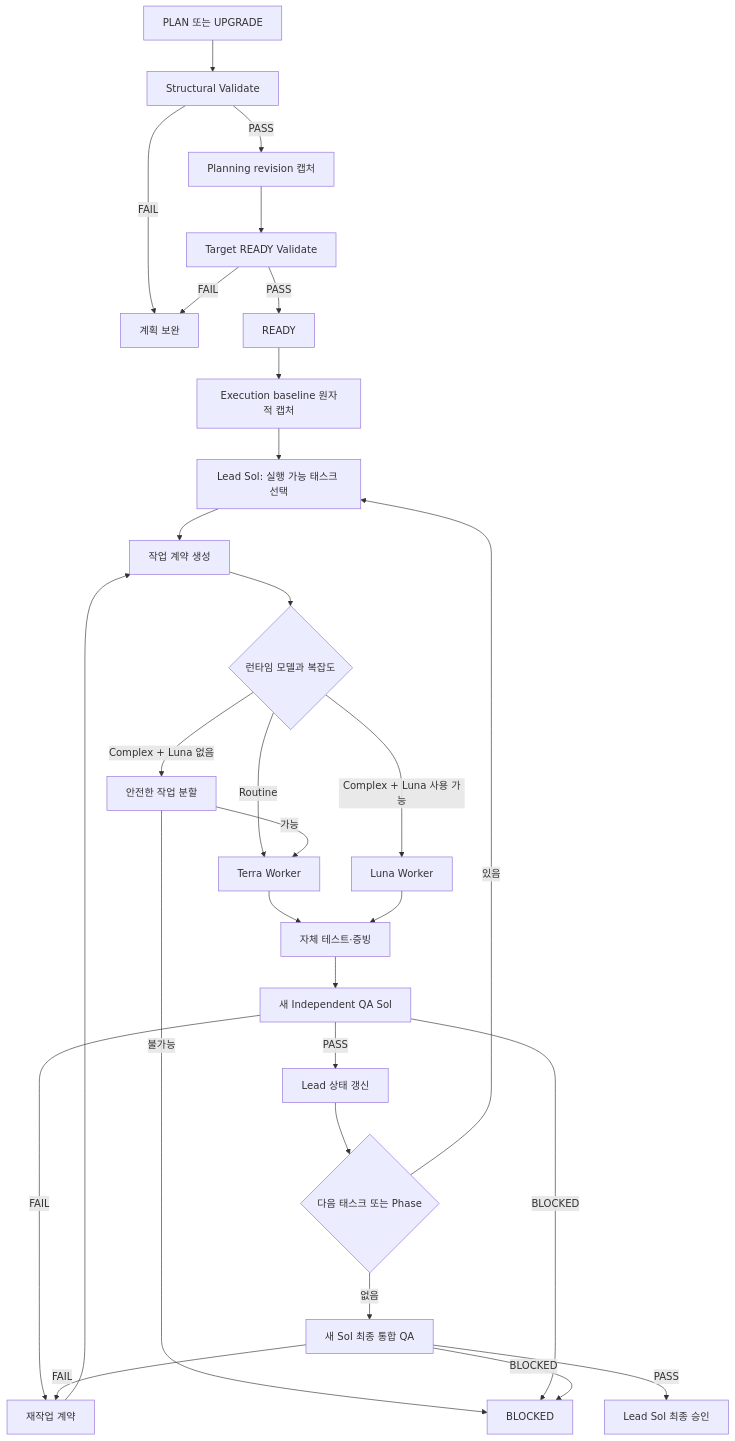
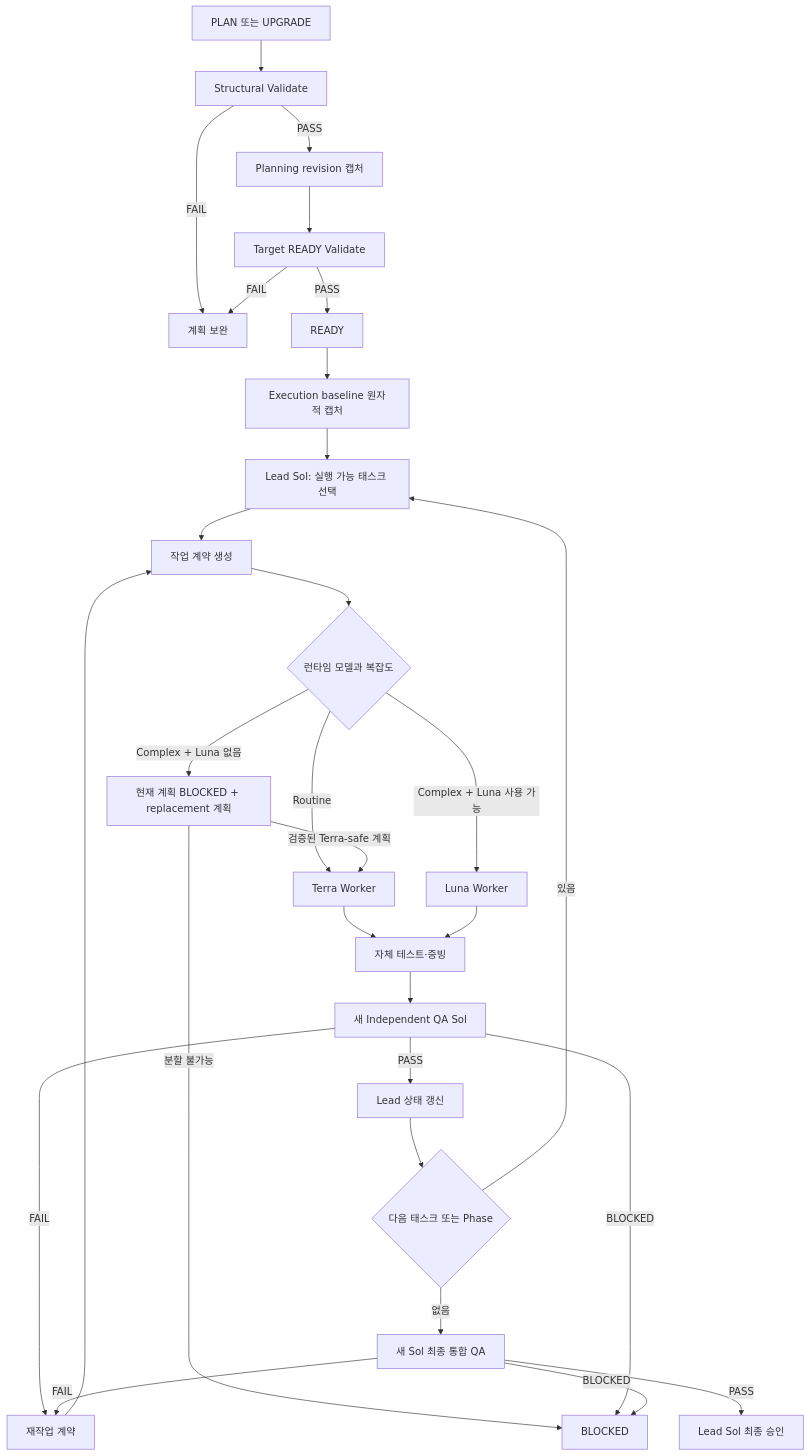
One commit to coreline-ai/dev-plan-v2 changed the diagram in docs/03-execution-workflow.md. Above: the diagram before and after it, drawn with Mermaid. The commit also changed other lines of this file and 7 other files, not shown here.

````diff
--- a/docs/03-execution-workflow.md
+++ b/docs/03-execution-workflow.md
@@ -7,31 +7,31 @@
 ```mermaid
 flowchart TD
     A["PLAN 또는 UPGRADE"] --> B["Structural Validate"]
     B -- "FAIL" --> C["계획 보완"]
     B -- "PASS" --> F["Planning revision 캡처"]
     F --> D["Target READY Validate"]
     D -- "FAIL" --> C
     D -- "PASS" --> E["READY"]
     E --> V["Execution baseline 원자적 캡처"]
     V --> G["Lead Sol: 실행 가능 태스크 선택"]
     G --> H["작업 계약 생성"]
     H --> I{"런타임 모델과 복잡도"}
     I -- "Routine" --> J["Terra Worker"]
     I -- "Complex + Luna 사용 가능" --> K["Luna Worker"]
-    I -- "Complex + Luna 없음" --> L["안전한 작업 분할"]
-    L -- "가능" --> J
-    L -- "불가능" --> M["BLOCKED"]
+    I -- "Complex + Luna 없음" --> L["현재 계획 BLOCKED + replacement 계획"]
+    L -- "검증된 Terra-safe 계획" --> J
+    L -- "분할 불가능" --> M["BLOCKED"]
     J --> N["자체 테스트·증빙"]
     K --> N
     N --> O["새 Independent QA Sol"]
     O -- "FAIL" --> P["재작업 계약"]
     P --> H
     O -- "BLOCKED" --> M
     O -- "PASS" --> Q["Lead 상태 갱신"]
     Q --> R{"다음 태스크 또는 Phase"}
     R -- "있음" --> G
     R -- "없음" --> S["새 Sol 최종 통합 QA"]
     S -- "FAIL" --> P
     S -- "BLOCKED" --> M
     S -- "PASS" --> T["Lead Sol 최종 승인"]
 ```
````
